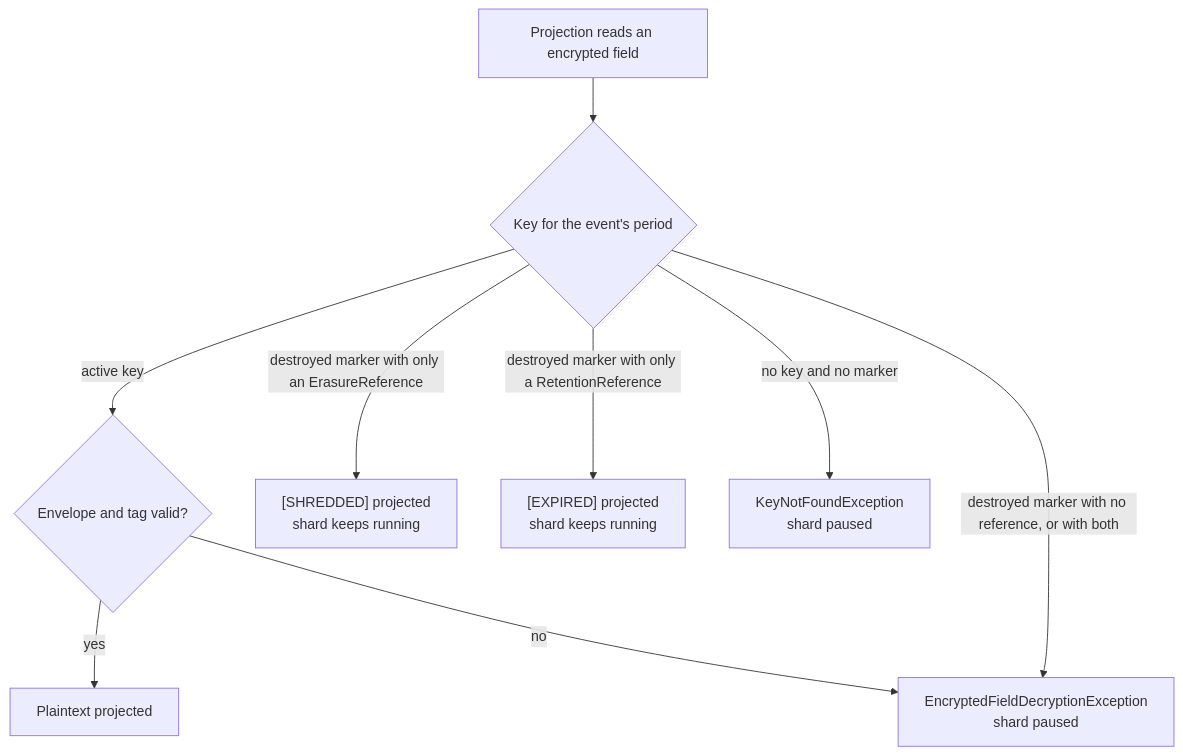
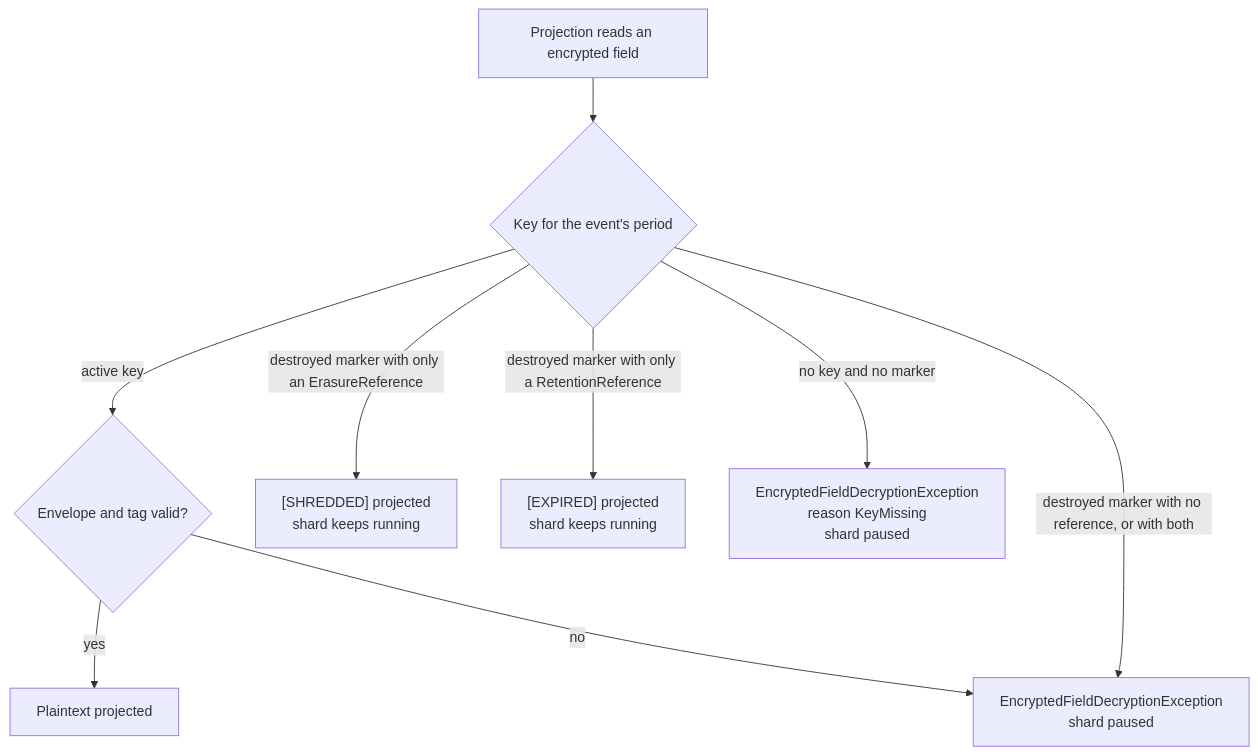
Before and after one commit to dlrivada/Encina: the second of 2 diagrams in docs/features/audit-marten.md, drawn with Mermaid. The commit also changed other lines of this file, not shown here.

Commit message:
docs(audit-marten): document the typed KeyMissing failure (#3012)

````diff
--- a/docs/features/audit-marten.md
+++ b/docs/features/audit-marten.md
@@ -136,11 +136,11 @@
 ```mermaid
 flowchart TD
     A["Projection reads an encrypted field"] --> B{"Key for the event's period"}
     B -- "active key" --> C{"Envelope and tag valid?"}
     C -- "yes" --> D["Plaintext projected"]
     C -- "no" --> F["EncryptedFieldDecryptionException<br/>shard paused"]
     B -- "destroyed marker with only an ErasureReference" --> E["[SHREDDED] projected<br/>shard keeps running"]
     B -- "destroyed marker with only a RetentionReference" --> H["[EXPIRED] projected<br/>shard keeps running"]
     B -- "destroyed marker with no reference, or with both" --> F
-    B -- "no key and no marker" --> G["KeyNotFoundException<br/>shard paused"]
+    B -- "no key and no marker" --> G["EncryptedFieldDecryptionException<br/>reason KeyMissing<br/>shard paused"]
 ```
````
